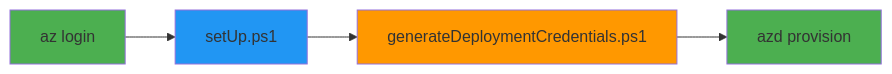
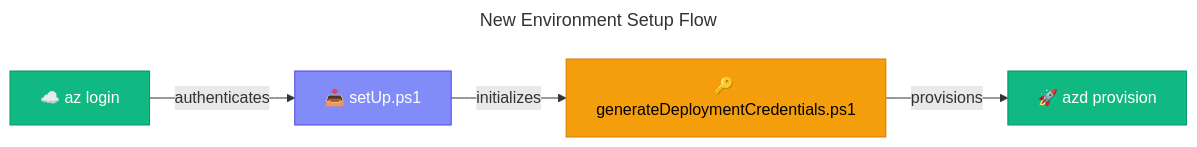
One commit to Evilazaro/DevExp-DevBox changed the second of 2 diagrams in docs/scripts/README.md. Above: the diagram before and after it, drawn with Mermaid. The commit also changed other lines of this file and 2 other files, not shown here.

Commit message:
Enhance setup script documentation by improving flow visualizations with clearer labels, emojis, and refined connections for better clarity and navigation.

````diff
--- a/docs/scripts/README.md
+++ b/docs/scripts/README.md
@@ -217,11 +237,18 @@
 ```mermaid
+---
+title: New Environment Setup Flow
+---
 flowchart LR
-    A[az login] --> B[setUp.ps1]
-    B --> C[generateDeploymentCredentials.ps1]
-    C --> D[azd provision]
+    A["☁️ az login"] -->|authenticates| B["📥 setUp.ps1"]
+    B -->|initializes| C["🔑 generateDeploymentCredentials.ps1"]
+    C -->|provisions| D["🚀 azd provision"]
     
-    style A fill:#4CAF50
-    style B fill:#2196F3
-    style C fill:#FF9800
-    style D fill:#4CAF50
+    %% ===== STYLES =====
+    classDef secondary fill:#10B981,stroke:#059669,color:#FFFFFF
+    classDef trigger fill:#818CF8,stroke:#4F46E5,color:#FFFFFF
+    classDef datastore fill:#F59E0B,stroke:#D97706,color:#000000
+    
+    class A,D secondary
+    class B trigger
+    class C datastore
 ```
````
